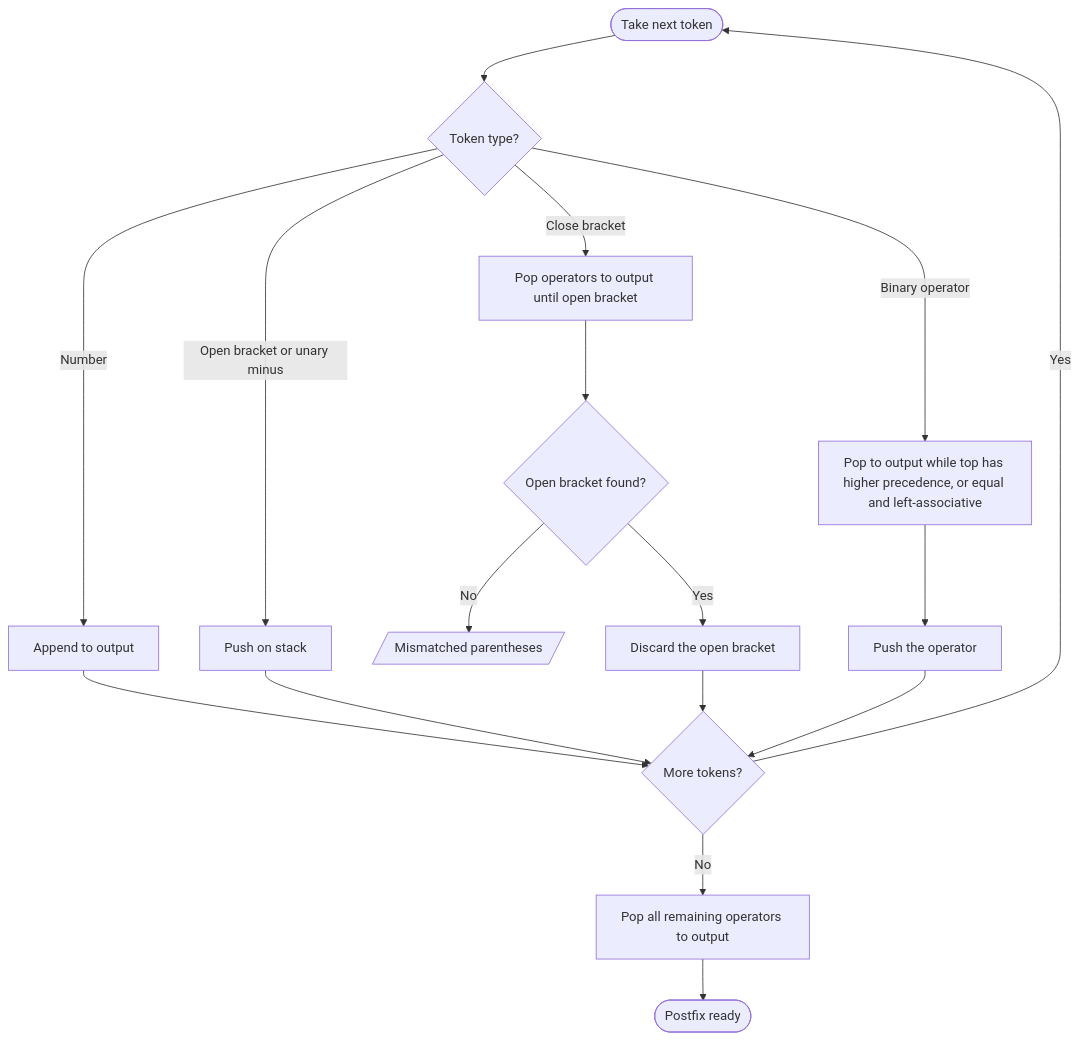
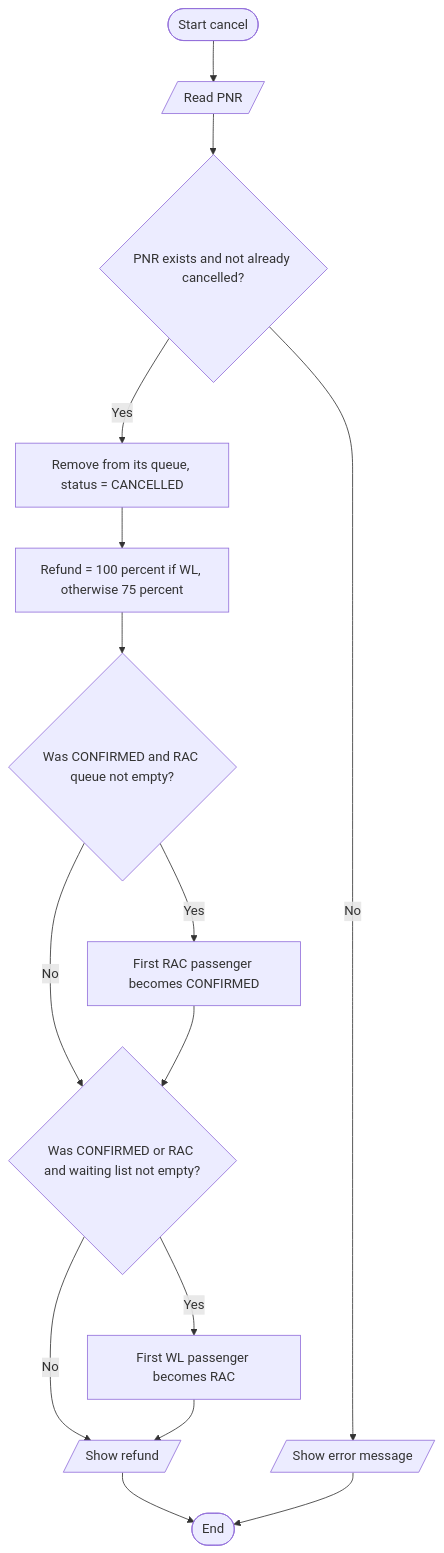
Before and after one commit to AtlaSwathi29/2026_27_CSE4-221_python_programming: the second of 2 diagrams in README.md, drawn with Mermaid. The commit also changed other lines of this file and 5 other files, not shown here.

````diff
--- a/README.md
+++ b/README.md
@@ -81,19 +87,17 @@
 ```mermaid
 flowchart TD
-    A(["Take next token"]) --> B{"Token type?"}
-    B -- "Number" --> C["Append to output"]
-    B -- "Open bracket or unary minus" --> D["Push on stack"]
-    B -- "Close bracket" --> E["Pop operators to output until open bracket"]
-    E --> F{"Open bracket found?"}
-    F -- No --> ERR[/"Mismatched parentheses"/]
-    F -- Yes --> G["Discard the open bracket"]
-    B -- "Binary operator" --> H["Pop to output while top has higher precedence, or equal and left-associative"]
-    H --> I["Push the operator"]
-    C --> J{"More tokens?"}
-    D --> J
-    G --> J
+    A(["Start cancel"]) --> B[/"Read PNR"/]
+    B --> C{"PNR exists and not already cancelled?"}
+    C -- No --> ERR[/"Show error message"/]
+    C -- Yes --> D["Remove from its queue, status = CANCELLED"]
+    D --> E["Refund = 100 percent if WL, otherwise 75 percent"]
+    E --> F{"Was CONFIRMED and RAC queue not empty?"}
+    F -- Yes --> G["First RAC passenger becomes CONFIRMED"]
+    F -- No --> H{"Was CONFIRMED or RAC and waiting list not empty?"}
+    G --> H
+    H -- Yes --> I["First WL passenger becomes RAC"]
+    H -- No --> J[/"Show refund"/]
     I --> J
-    J -- Yes --> A
-    J -- No --> K["Pop all remaining operators to output"]
-    K --> L(["Postfix ready"])
+    J --> Z(["End"])
+    ERR --> Z
 ```
````
